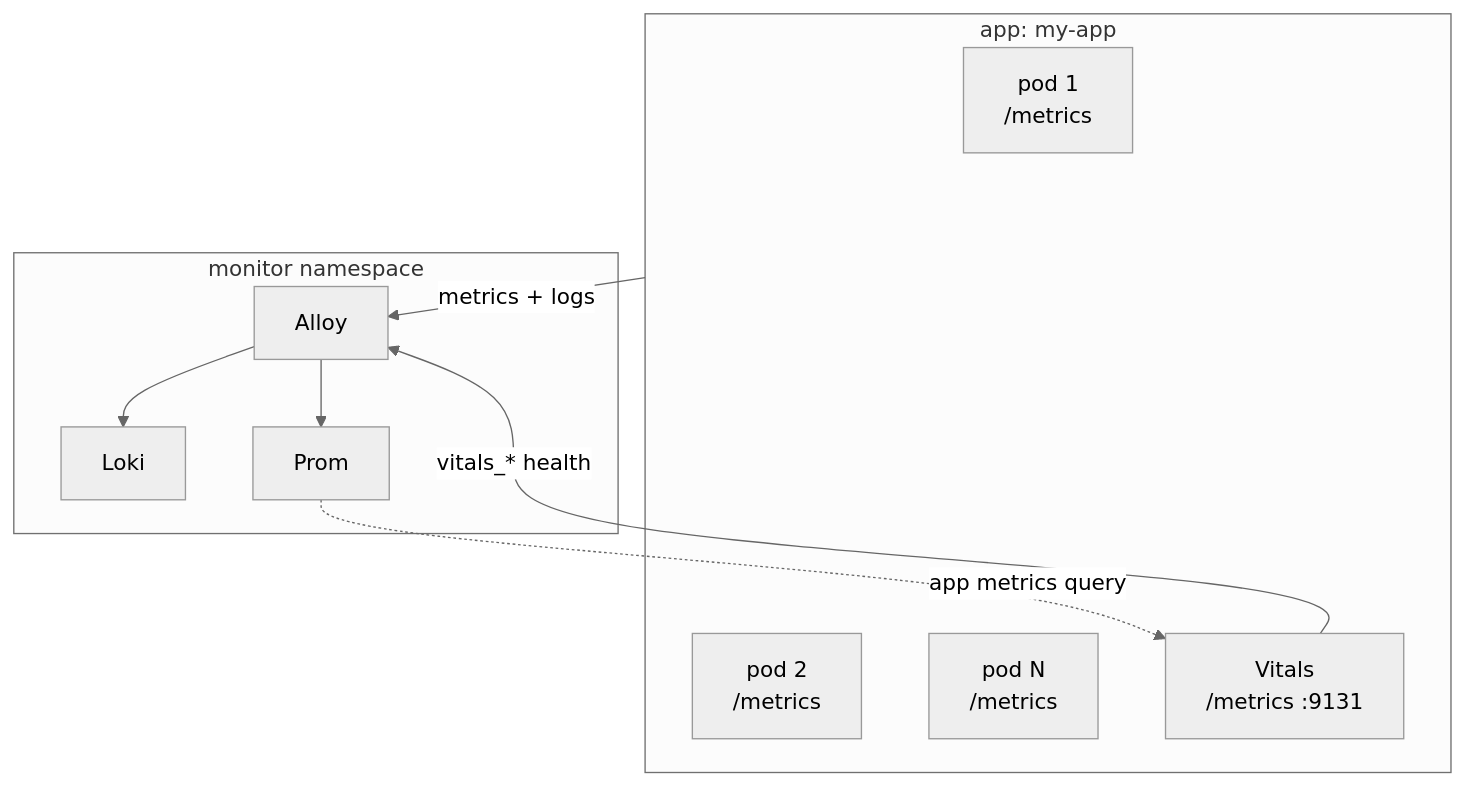
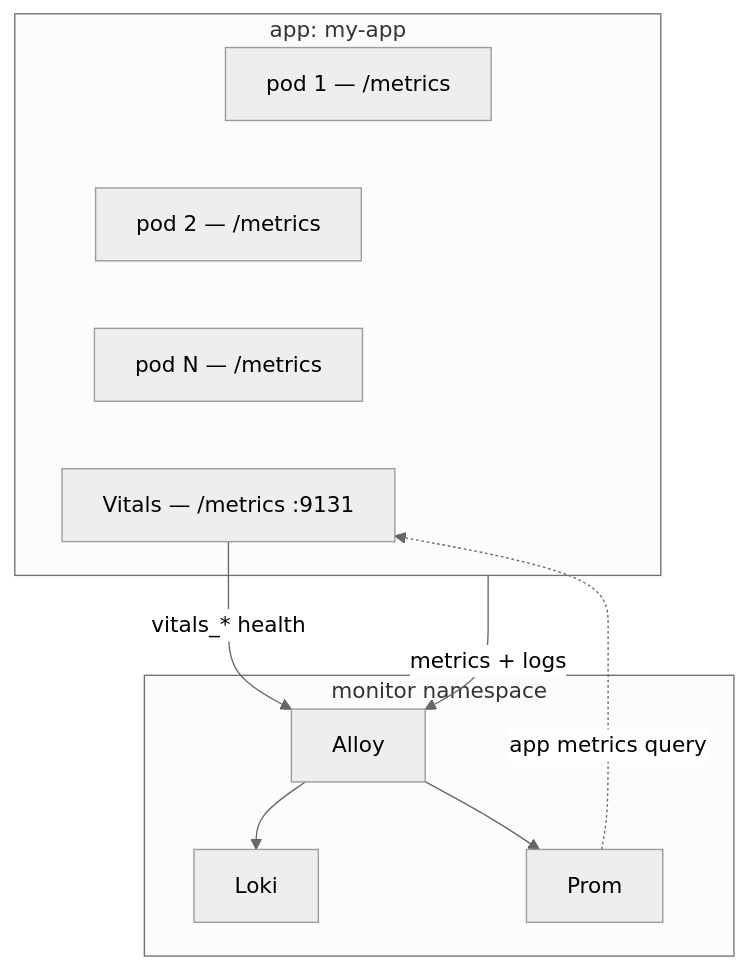
The diagram in docs/reference/patterns/observability-contract.md (Kord96/kordinate), drawn with Mermaid (neutral theme) before and after one commit.

Commit message:
docs: force vertical pod layout in observability contract diagram [scribe]

````diff
--- a/docs/reference/patterns/observability-contract.md
+++ b/docs/reference/patterns/observability-contract.md
@@ -7,17 +7,18 @@
 ```mermaid
 flowchart TB
     subgraph app["app: my-app"]
-        P1[pod 1<br/>/metrics]
-        P2[pod 2<br/>/metrics]
-        PN[pod N<br/>/metrics]
-        VIT[Vitals<br/>/metrics :9131]
+        P1[pod 1 — /metrics]
+        P2[pod 2 — /metrics]
+        PN[pod N — /metrics]
+        VIT[Vitals — /metrics :9131]
+        P1 ~~~ P2 ~~~ PN ~~~ VIT
     end
 
     subgraph gw[monitor namespace]
         AL[Alloy] --> LK[Loki] & PR[Prom]
     end
 
     app -->|metrics + logs| AL
     VIT -->|vitals_* health| AL
     PR -.->|app metrics query| VIT
 ```
````
